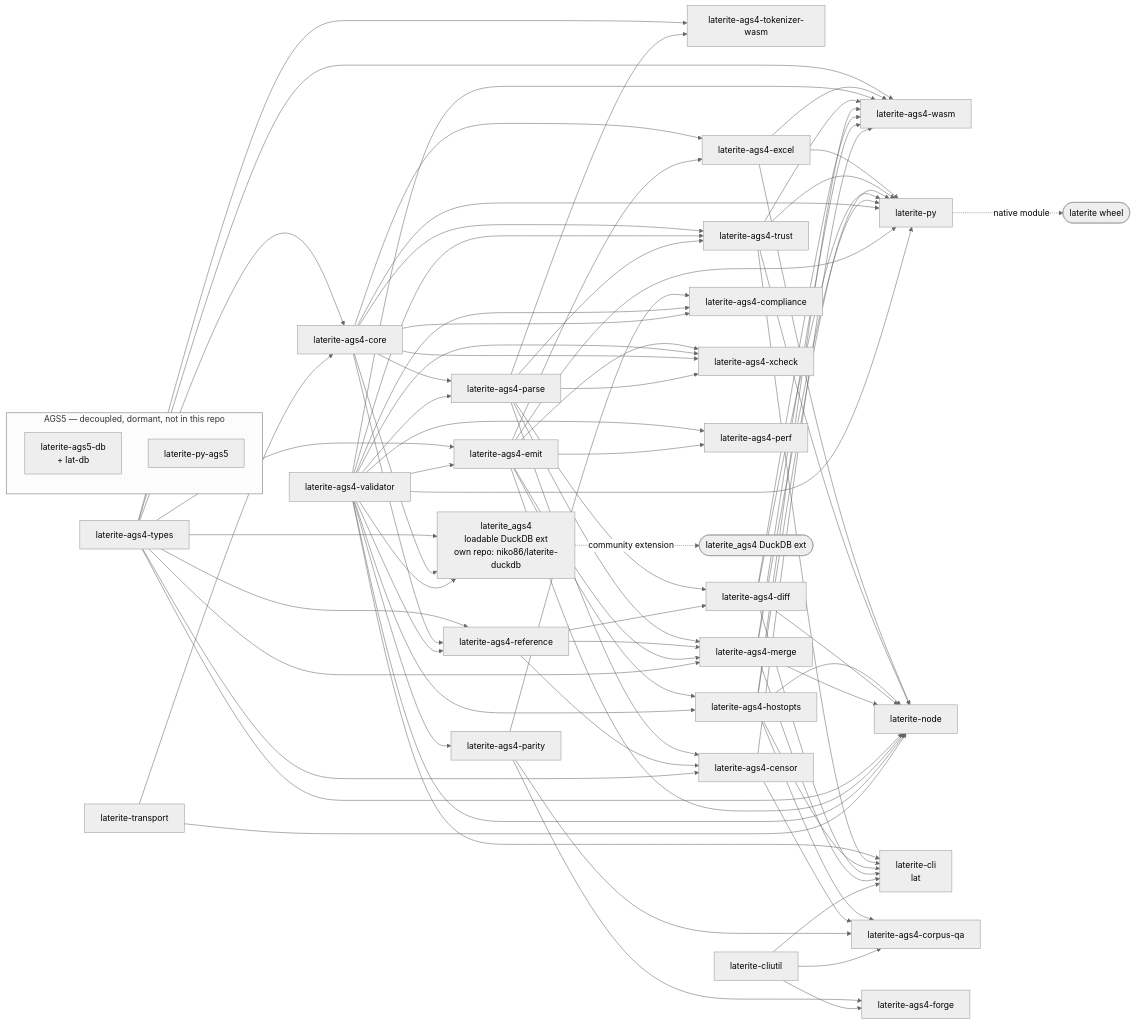
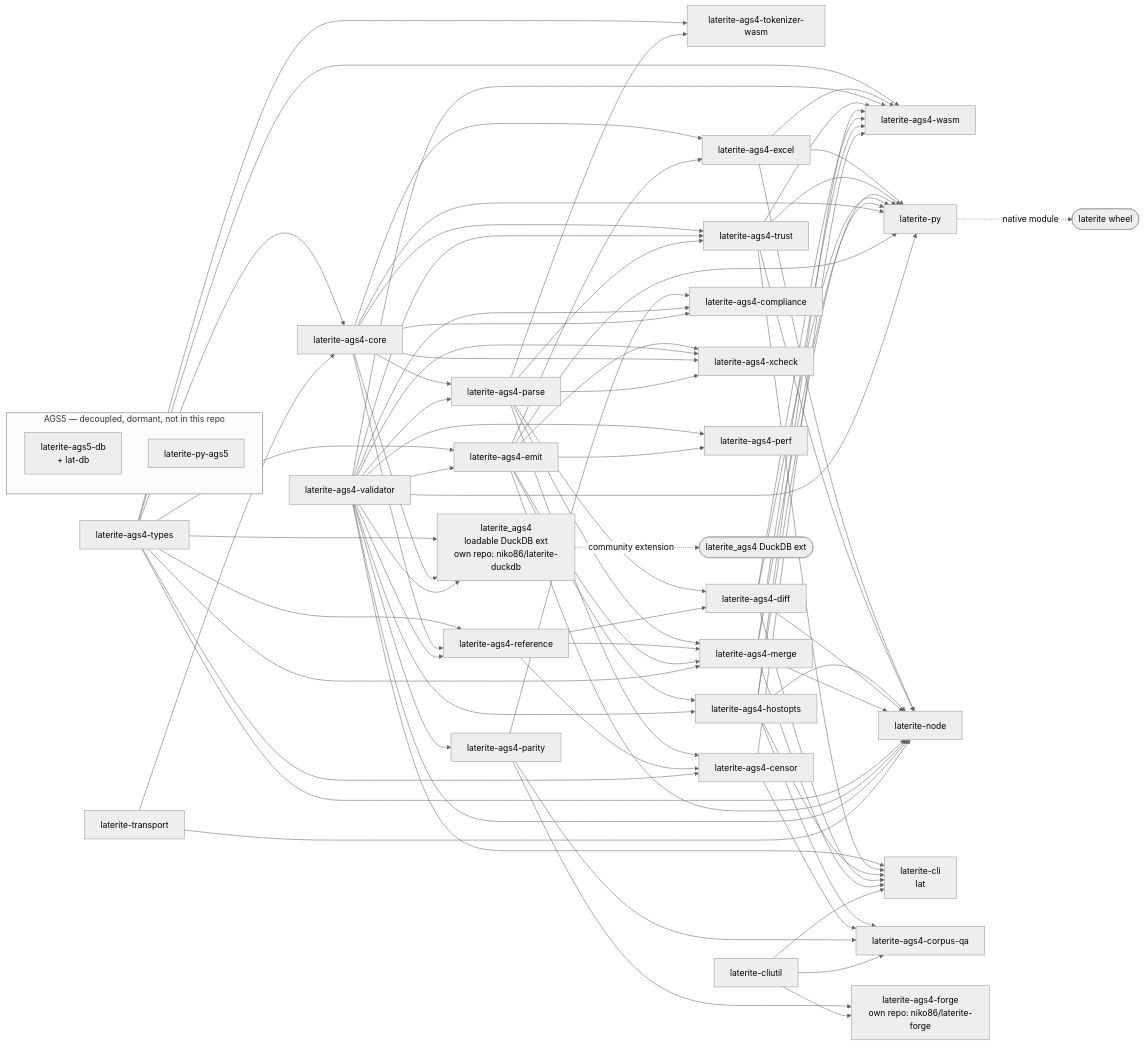
The diagram in ags-wiki/concepts/crate-map.md (niko86/laterite), drawn with Mermaid (neutral theme) before and after one commit. The commit also changed other lines of this file and 92 other files, not shown here.

First line of the commit message:
chore: forge leaves the workspace for niko86/laterite-forge (#1111) (#1144)

```diff
--- a/ags-wiki/concepts/crate-map.md
+++ b/ags-wiki/concepts/crate-map.md
@@ -460,7 +461,7 @@
   core --> duckdb
   validator --> duckdb
   parity --> corpusqa[laterite-ags4-corpus-qa]
-  parity --> forge[laterite-ags4-forge]
+  parity --> forge["laterite-ags4-forge<br/>own repo: niko86/laterite-forge"]
   parity --> compliance[laterite-ags4-compliance]
   validator --> compliance
   core --> compliance
```
